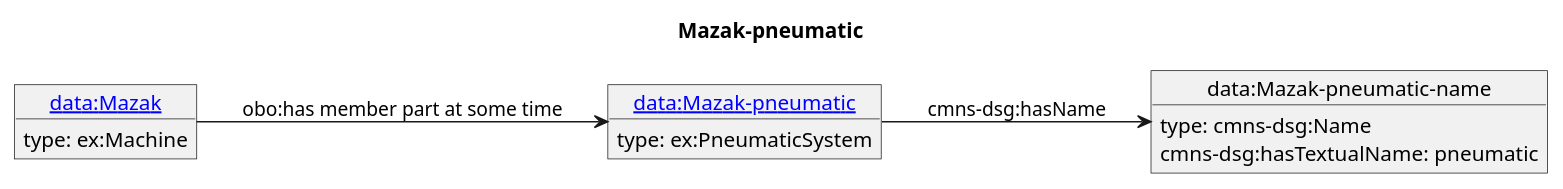
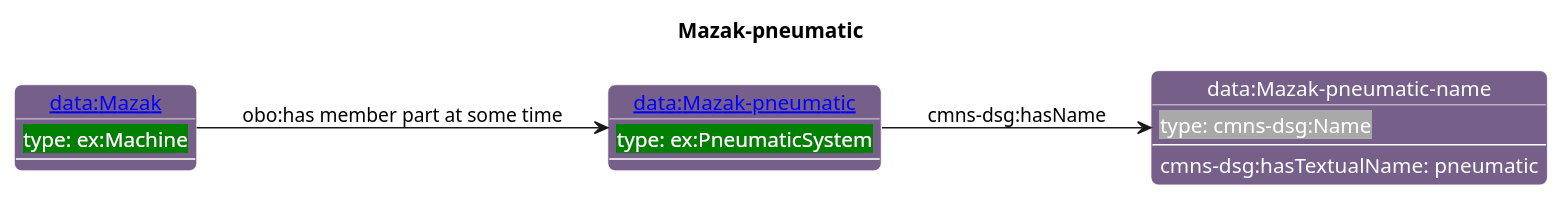
One commit to iofoundry/example-syseng-mtconnect changed the diagram in diagrams/Mazak-pneumatic.puml. Above: the diagram before and after it, drawn with PlantUML. The commit also changed 144 other files, not shown here.

```diff
--- a/diagrams/Mazak-pneumatic.puml
+++ b/diagrams/Mazak-pneumatic.puml
@@ -1,17 +1,37 @@
 @startuml
 skinparam linetype polyline
 left to right direction
 title Mazak-pneumatic
-object "[[./Mazak-pneumatic.html data:Mazak-pneumatic]]" as o1 {
- type: ex:PneumaticSystem 
+
+skinparam roundCorner 10
+
+skinparam object {
+  BackgroundColor 76608A
+  fontColor White
+  BorderColor White 
+  FontName Helvetica   
 }
-object "data:Mazak-pneumatic-name" as o2 {
- type: cmns-dsg:Name 
+
+skinparam class{
+   BackgroundColor White
+   fontColor black
+   FontStyle bold
+   FontName Helvetica
 }
-object "[[./Mazak.html data:Mazak]]" as o3 {
- type: ex:Machine 
-}
+
+object "[[./Mazak-pneumatic.html data:Mazak-pneumatic]]" as o1 #76608A {
+ <back:#Green>type: ex:PneumaticSystem</back> 
+---
+ }
+object "data:Mazak-pneumatic-name" as o2 #76608A {
+ <back:#DarkGrey>type: cmns-dsg:Name</back> 
+---
+ }
+object "[[./Mazak.html data:Mazak]]" as o3 #76608A {
+ <back:#Green>type: ex:Machine</back> 
+---
+ }
 o1 --> o2 : cmns-dsg:hasName
 o2 : cmns-dsg:hasTextualName: pneumatic
 o3 --> o1 : obo:has member part at some time
 @enduml
```
